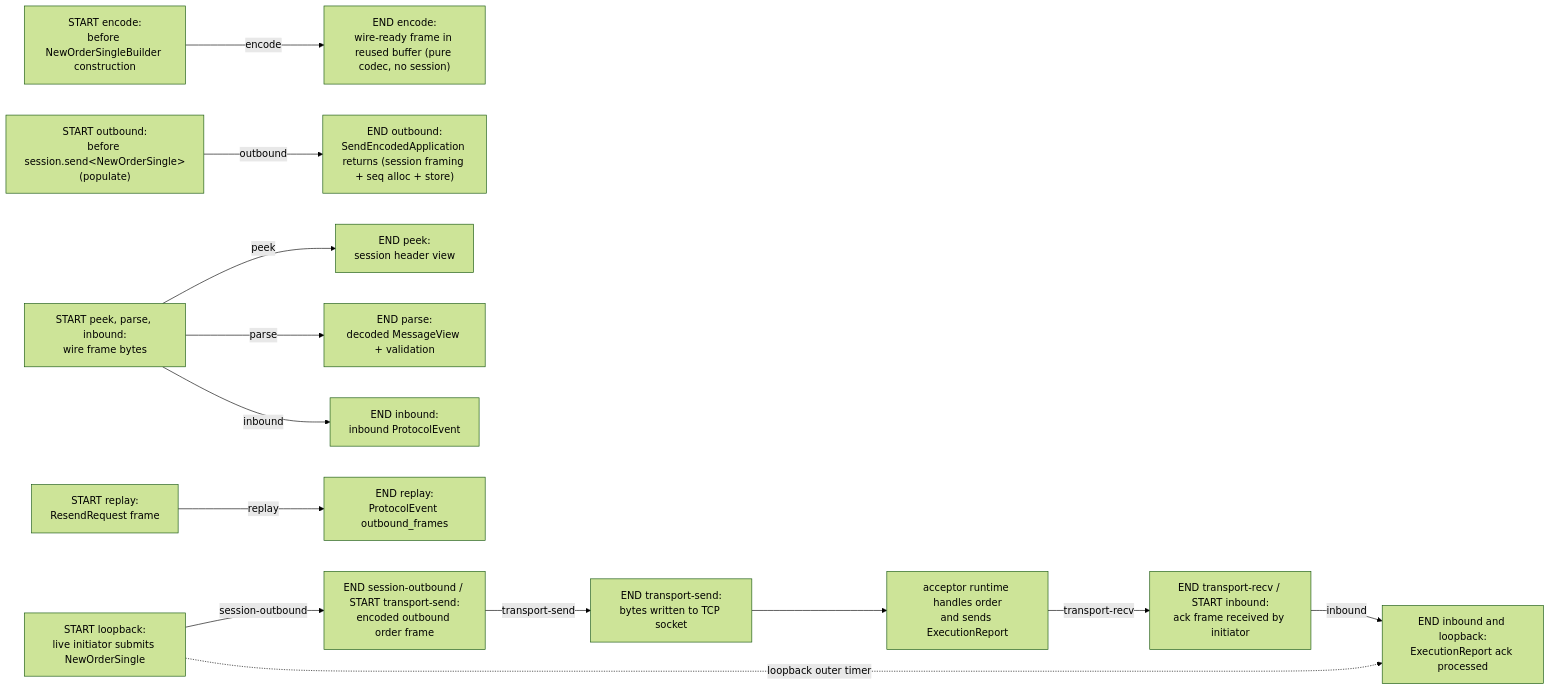
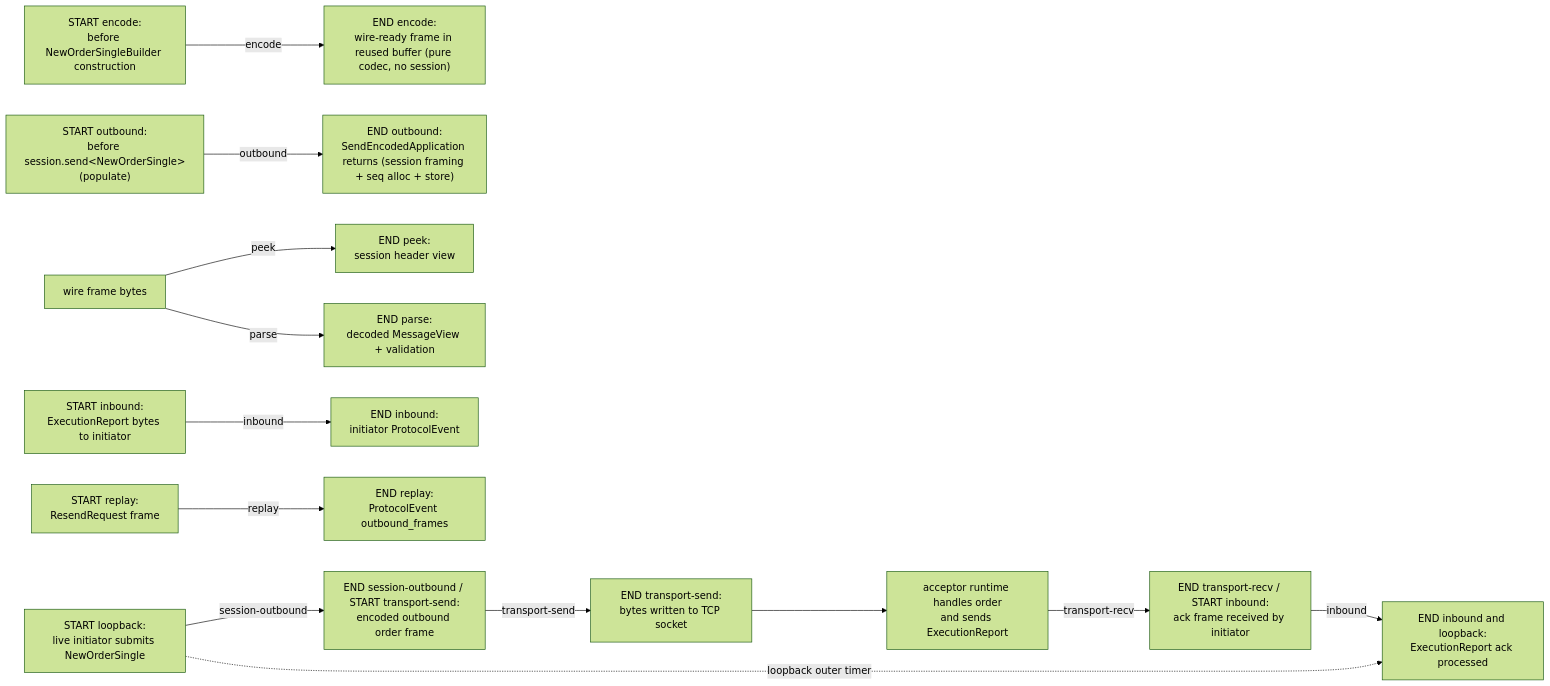
One commit to yhwwwwww/nimblefix changed the first of 3 diagrams in bench/README.md. Above: the diagram before and after it, drawn with Mermaid (forest theme). The commit also changed other lines of this file and 11 other files, not shown here.

````diff
--- a/bench/README.md
+++ b/bench/README.md
@@ -58,12 +60,12 @@
 ```mermaid
 flowchart LR
 	SC["START encode:<br/>before NewOrderSingleBuilder construction"] -->|encode| SE["END encode:<br/>wire-ready frame in reused buffer (pure codec, no session)"]
 	OM["START outbound:<br/>before session.send&lt;NewOrderSingle&gt;(populate)"] -->|outbound| OE["END outbound:<br/>SendEncodedApplication returns (session framing + seq alloc + store)"]
 	WF["wire frame bytes"] -->|peek| PH["END peek:<br/>session header view"]
 	WF -->|parse| MV["END parse:<br/>decoded MessageView + validation"]
-	WF["START peek, parse, inbound:<br/>wire frame bytes"] -->|inbound| PE["END inbound:<br/>inbound ProtocolEvent"]
+	IF["START inbound:<br/>ExecutionReport bytes to initiator"] -->|inbound| PE["END inbound:<br/>initiator ProtocolEvent"]
 	RR["START replay:<br/>ResendRequest frame"] -->|replay| RF["END replay:<br/>ProtocolEvent outbound_frames"]
 
 	LS["START loopback:<br/>live initiator submits NewOrderSingle"] -->|session-outbound| LO["END session-outbound / START transport-send:<br/>encoded outbound order frame"] -->|transport-send| TX["END transport-send:<br/>bytes written to TCP socket"] --> AC["acceptor runtime handles order<br/>and sends ExecutionReport"] -->|transport-recv| RX["END transport-recv / START inbound:<br/>ack frame received by initiator"] -->|inbound| LE["END inbound and loopback:<br/>ExecutionReport ack processed"]
 	LS -.->|loopback outer timer| LE
 ```
````
